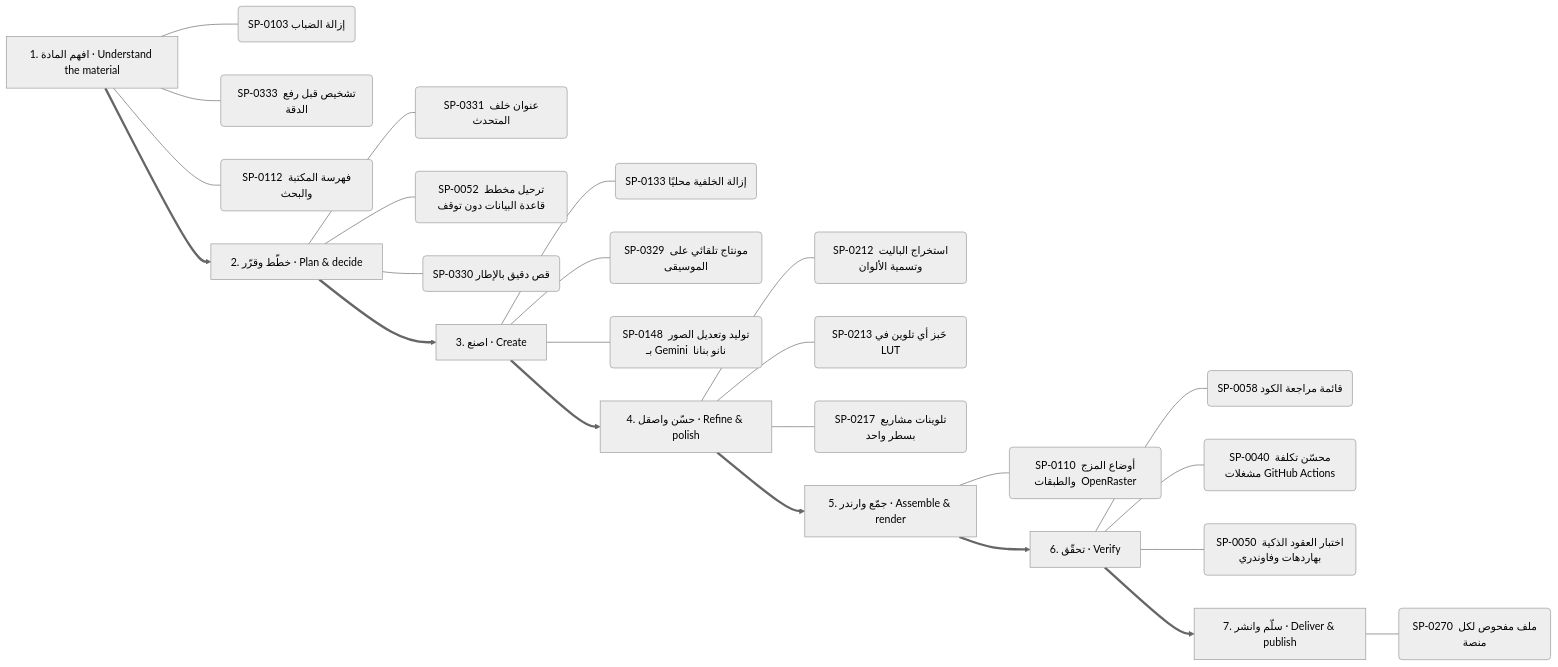
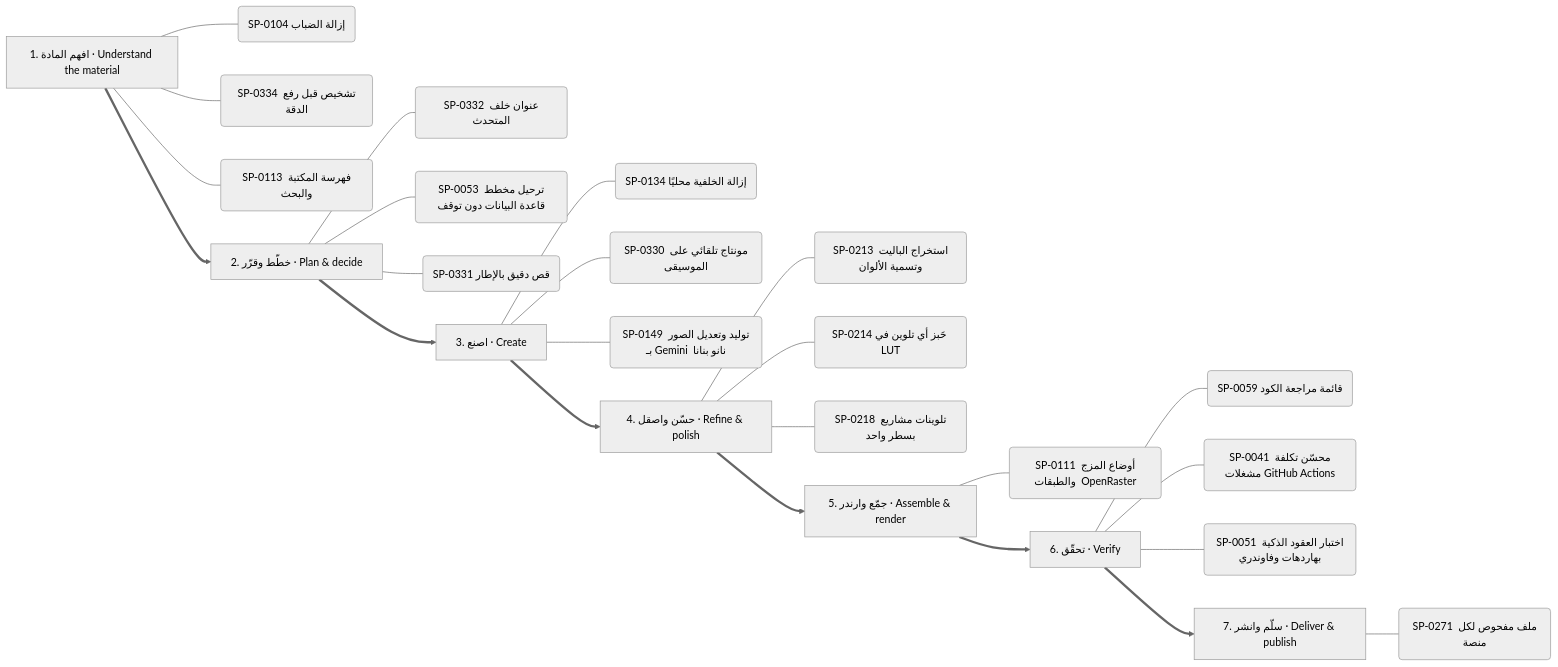
The seventh of 13 diagrams in .claude/skills/kosif-superpowers/references/capability-mindmap.md (kosif199022-jpg/kosif-tool), drawn with Mermaid (neutral theme) before and after one commit. The commit also changed other lines of this file and 9 other files, not shown here.

First line of the commit message:
Rebuild the fused superpowers, hubs, mind map and owned-repos map

````diff
--- a/.claude/skills/kosif-superpowers/references/capability-mindmap.md
+++ b/.claude/skills/kosif-superpowers/references/capability-mindmap.md
@@ -361,33 +361,33 @@
 ```mermaid
 flowchart LR
   S0["1. افهم المادة · Understand the material"]
-  S0 --- S0_0("SP-0103 إزالة الضباب")
-  S0 --- S0_1("SP-0333 تشخيص قبل رفع الدقة")
-  S0 --- S0_2("SP-0112 فهرسة المكتبة والبحث")
+  S0 --- S0_0("SP-0104 إزالة الضباب")
+  S0 --- S0_1("SP-0334 تشخيص قبل رفع الدقة")
+  S0 --- S0_2("SP-0113 فهرسة المكتبة والبحث")
   S1["2. خطّط وقرّر · Plan & decide"]
-  S1 --- S1_0("SP-0331 عنوان خلف المتحدث")
-  S1 --- S1_1("SP-0052 ترحيل مخطط قاعدة البيانات دون توقف")
-  S1 --- S1_2("SP-0330 قص دقيق بالإطار")
+  S1 --- S1_0("SP-0332 عنوان خلف المتحدث")
+  S1 --- S1_1("SP-0053 ترحيل مخطط قاعدة البيانات دون توقف")
+  S1 --- S1_2("SP-0331 قص دقيق بالإطار")
   S0 ==> S1
   S2["3. اصنع · Create"]
-  S2 --- S2_0("SP-0133 إزالة الخلفية محليًا")
-  S2 --- S2_1("SP-0329 مونتاج تلقائي على الموسيقى")
-  S2 --- S2_2("SP-0148 توليد وتعديل الصور بـ Gemini  نانو بنانا ")
+  S2 --- S2_0("SP-0134 إزالة الخلفية محليًا")
+  S2 --- S2_1("SP-0330 مونتاج تلقائي على الموسيقى")
+  S2 --- S2_2("SP-0149 توليد وتعديل الصور بـ Gemini  نانو بنانا ")
   S1 ==> S2
   S3["4. حسّن واصقل · Refine & polish"]
-  S3 --- S3_0("SP-0212 استخراج الباليت وتسمية الألوان")
-  S3 --- S3_1("SP-0213 خَبز أي تلوين في LUT")
-  S3 --- S3_2("SP-0217 تلوينات مشاريع بسطر واحد")
+  S3 --- S3_0("SP-0213 استخراج الباليت وتسمية الألوان")
+  S3 --- S3_1("SP-0214 خَبز أي تلوين في LUT")
+  S3 --- S3_2("SP-0218 تلوينات مشاريع بسطر واحد")
   S2 ==> S3
   S4["5. جمّع وارندر · Assemble & render"]
-  S4 --- S4_0("SP-0110 أوضاع المزج والطبقات  OpenRaster ")
+  S4 --- S4_0("SP-0111 أوضاع المزج والطبقات  OpenRaster ")
   S3 ==> S4
   S5["6. تحقّق · Verify"]
-  S5 --- S5_0("SP-0058 قائمة مراجعة الكود")
-  S5 --- S5_1("SP-0040 محسّن تكلفة مشغلات GitHub Actions")
-  S5 --- S5_2("SP-0050 اختبار العقود الذكية بهاردهات وفاوندري")
+  S5 --- S5_0("SP-0059 قائمة مراجعة الكود")
+  S5 --- S5_1("SP-0041 محسّن تكلفة مشغلات GitHub Actions")
+  S5 --- S5_2("SP-0051 اختبار العقود الذكية بهاردهات وفاوندري")
   S4 ==> S5
   S6["7. سلّم وانشر · Deliver & publish"]
-  S6 --- S6_0("SP-0270 ملف مفحوص لكل منصة")
+  S6 --- S6_0("SP-0271 ملف مفحوص لكل منصة")
   S5 ==> S6
 ```
````
